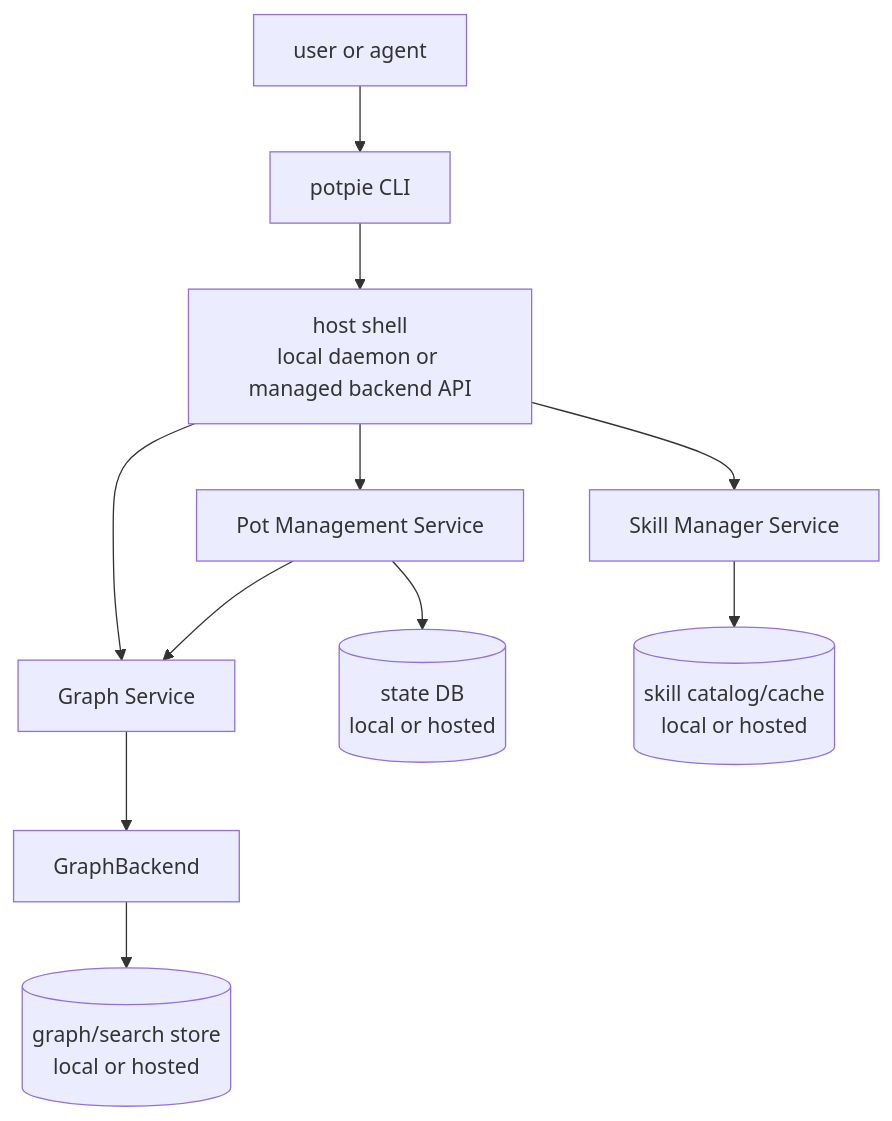
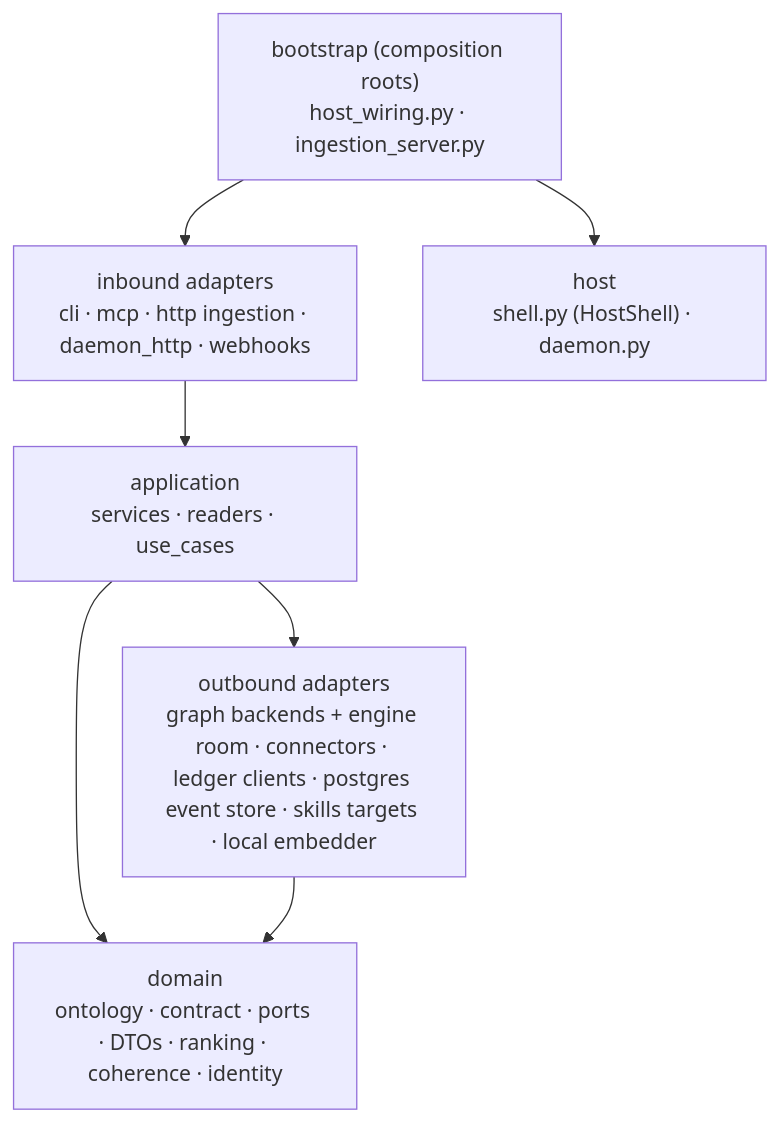
Before and after one commit to potpie-ai/potpie: the first of 5 diagrams in docs/context-graph/architecture.md, drawn with Mermaid. The commit also changed other lines of this file and 15 other files, not shown here.

First line of the commit message:
Refresh Context Graph docs (#962)

````diff
--- a/docs/context-graph/architecture.md
+++ b/docs/context-graph/architecture.md
@@ -12,24 +27,16 @@
 ```mermaid
 flowchart TB
-  cg_actor["user or agent"]
-  cg_cli["potpie CLI"]
-  cg_host["host shell<br/>local daemon or managed backend API"]
-  cg_pot_service["Pot Management Service"]
-  cg_graph_service["Graph Service"]
-  cg_backend["GraphBackend"]
-  cg_skill_service["Skill Manager Service"]
-  cg_state_db[("state DB<br/>local or hosted")]
-  cg_graph_store[("graph/search store<br/>local or hosted")]
-  cg_skill_cache[("skill catalog/cache<br/>local or hosted")]
+  cg_inbound["inbound adapters<br/>cli · mcp · http ingestion · daemon_http · webhooks"]
+  cg_app["application<br/>services · readers · use_cases"]
+  cg_domain["domain<br/>ontology · contract · ports · DTOs · ranking · coherence · identity"]
+  cg_outbound["outbound adapters<br/>graph backends + engine room · connectors · ledger clients · postgres event store · skills targets · local embedder"]
+  cg_boot["bootstrap (composition roots)<br/>host_wiring.py · ingestion_server.py"]
+  cg_host["host<br/>shell.py (HostShell) · daemon.py"]
 
-  cg_actor --> cg_cli
-  cg_cli --> cg_host
-  cg_host --> cg_pot_service
-  cg_host --> cg_graph_service
-  cg_host --> cg_skill_service
-  cg_pot_service --> cg_state_db
-  cg_pot_service --> cg_graph_service
-  cg_graph_service --> cg_backend
-  cg_backend --> cg_graph_store
-  cg_skill_service --> cg_skill_cache
+  cg_boot --> cg_host
+  cg_boot --> cg_inbound
+  cg_inbound --> cg_app
+  cg_app --> cg_domain
+  cg_app --> cg_outbound
+  cg_outbound --> cg_domain
 ```
````
